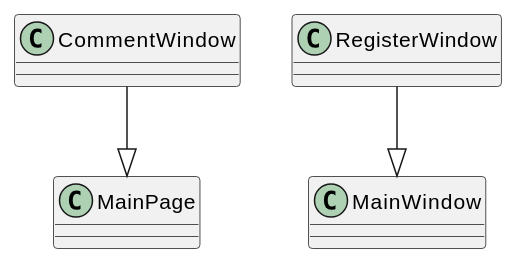
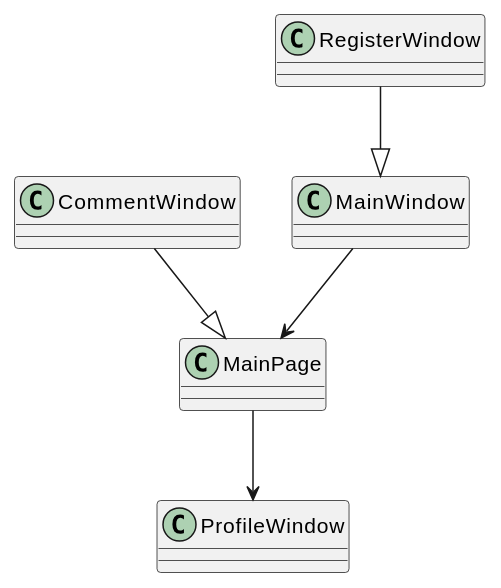
Before and after one commit to samsonitto/itool: the fourth of 4 diagrams in README.md, drawn with PlantUML.

````diff
--- a/README.md
+++ b/README.md
@@ -166,7 +166,10 @@
 ```plantuml
 @startuml
     CommentWindow --|> MainPage
     RegisterWindow --|> MainWindow
+    MainWindow --> MainPage
+    MainPage --> ProfileWindow
+    
     
 @enduml
 ```
````
